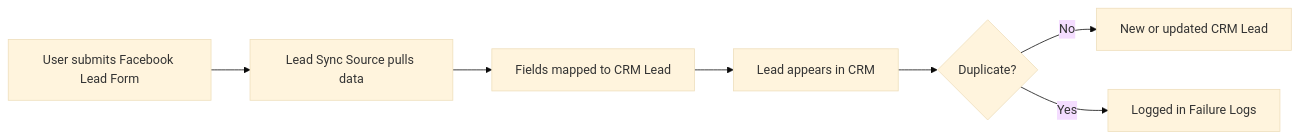
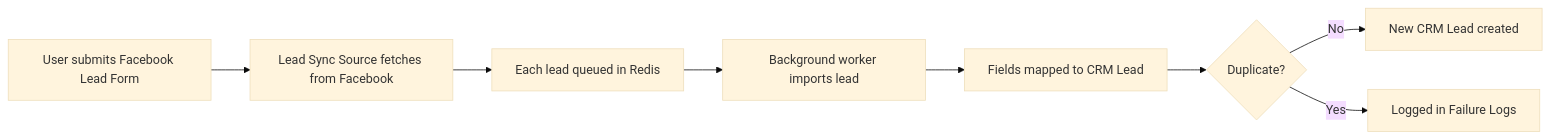
One commit to CarrumMobility/frappe-core changed the diagram in docs/product/lead_sync_souce.md. Above: the diagram before and after it, drawn with Mermaid (base theme). The commit also changed other lines of this file and 1 other file, not shown here.

Commit message:
update lead sync source

````diff
--- a/docs/product/lead_sync_souce.md
+++ b/docs/product/lead_sync_souce.md
@@ -29,9 +29,10 @@
 ```mermaid
 flowchart LR
-    A[User submits Facebook Lead Form] --> B[Lead Sync Source pulls data]
-    B --> C[Fields mapped to CRM Lead]
-    C --> D[Lead appears in CRM]
-    D --> E{Duplicate?}
-    E -->|No| F[New or updated CRM Lead]
-    E -->|Yes| G[Logged in Failure Logs]
+    A[User submits Facebook Lead Form] --> B[Lead Sync Source fetches from Facebook]
+    B --> C[Each lead queued in Redis]
+    C --> D[Background worker imports lead]
+    D --> E[Fields mapped to CRM Lead]
+    E --> F{Duplicate?}
+    F -->|No| G[New CRM Lead created]
+    F -->|Yes| H[Logged in Failure Logs]
 ```
````
